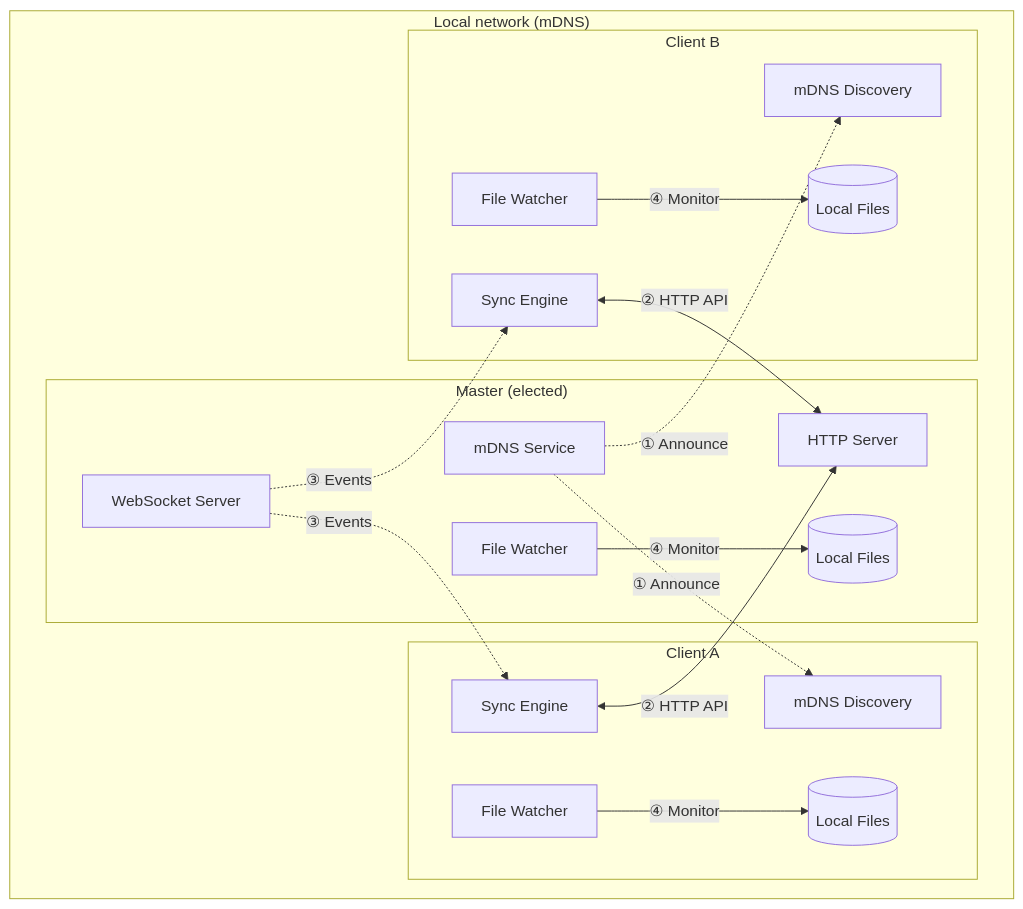
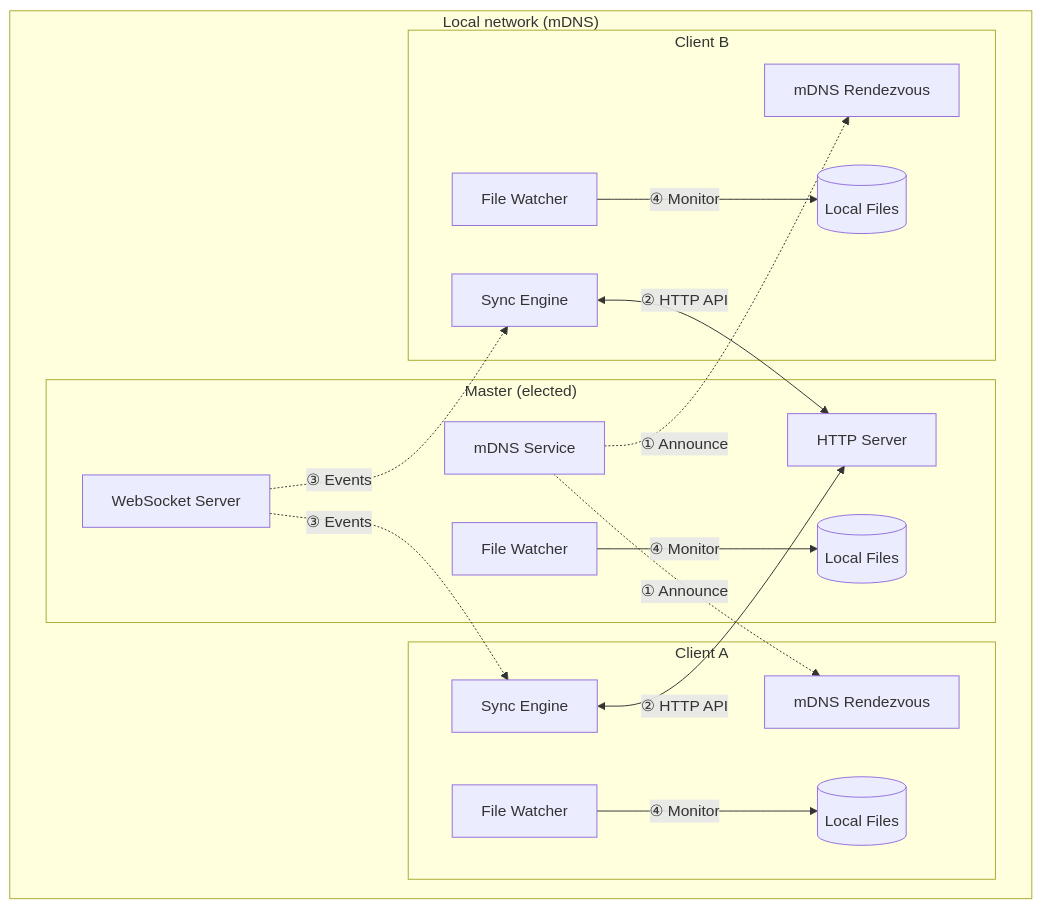
The first of 7 diagrams in docs/internal/p2p-internals.md (albertsdk/hsync-client), drawn with Mermaid before and after one commit. The commit also changed other lines of this file and 128 other files, not shown here.

First line of the commit message:
refactor(p2p): rename the rendezvous discovery modules and server flags

````diff
--- a/docs/internal/p2p-internals.md
+++ b/docs/internal/p2p-internals.md
@@ -15,39 +15,39 @@
 ```mermaid
 flowchart TB
     subgraph "Local network (mDNS)"
         subgraph "Master (elected)"
             M_DISC[mDNS Service]
             M_HTTP[HTTP Server]
             M_WS[WebSocket Server]
             M_WATCH[File Watcher]
             M_FILES[(Local Files)]
         end
 
         subgraph "Client A"
-            A_DISC[mDNS Discovery]
+            A_DISC[mDNS Rendezvous]
             A_SYNC[Sync Engine]
             A_WATCH[File Watcher]
             A_FILES[(Local Files)]
         end
 
         subgraph "Client B"
-            B_DISC[mDNS Discovery]
+            B_DISC[mDNS Rendezvous]
             B_SYNC[Sync Engine]
             B_WATCH[File Watcher]
             B_FILES[(Local Files)]
         end
     end
 
     M_DISC -.->|"① Announce"| A_DISC
     M_DISC -.->|"① Announce"| B_DISC
 
     A_SYNC <-->|"② HTTP API"| M_HTTP
     B_SYNC <-->|"② HTTP API"| M_HTTP
 
     M_WS -.->|"③ Events"| A_SYNC
     M_WS -.->|"③ Events"| B_SYNC
 
     M_WATCH -->|"④ Monitor"| M_FILES
     A_WATCH -->|"④ Monitor"| A_FILES
     B_WATCH -->|"④ Monitor"| B_FILES
 ```
````
